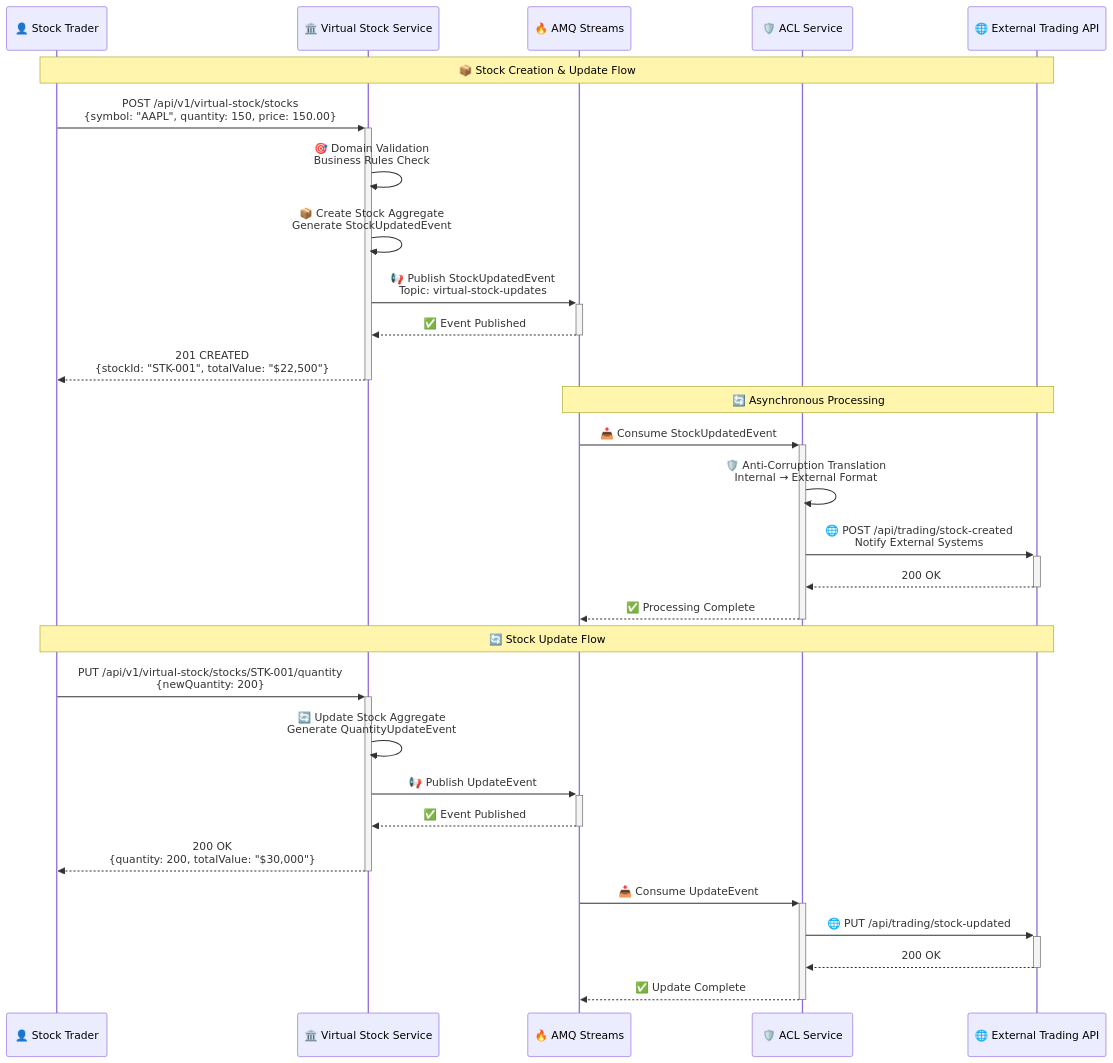
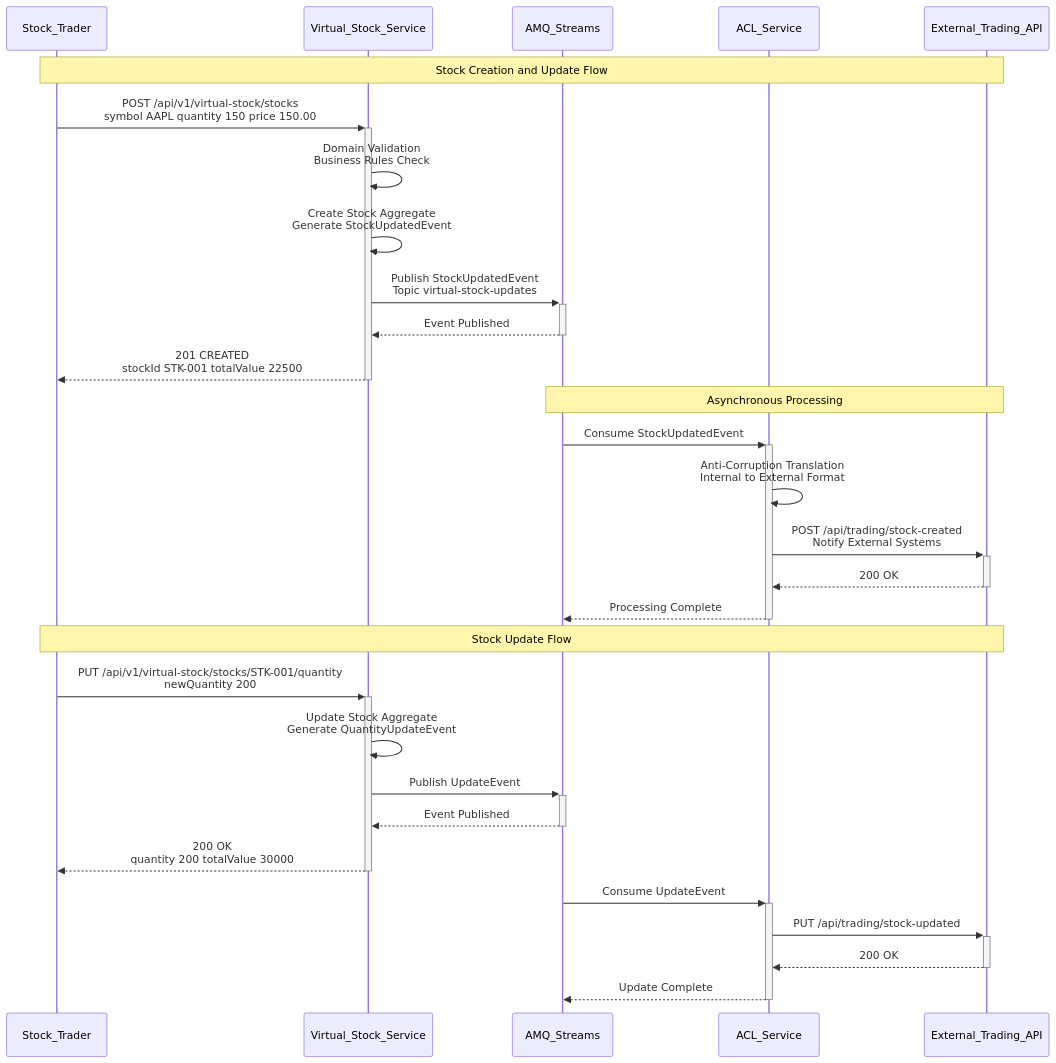
The third of 3 diagrams in README.md (italo-costa/estudosKBNT_Kafka_Logs_V2_cleanCode), drawn with Mermaid before and after one commit. The commit also changed 4 other files, not shown here.

First line of the commit message:
Update Architecture Diagrams - GitHub Mermaid Compatibility

````diff
--- a/README.md
+++ b/README.md
@@ -541,43 +541,43 @@
 ```mermaid
 sequenceDiagram
-    participant Trader as 👤 Stock Trader
-    participant VS as 🏛️ Virtual Stock Service
-    participant Kafka as 🔥 AMQ Streams
-    participant ACL as 🛡️ ACL Service
-    participant ExtAPI as 🌐 External Trading API
+    participant Trader as Stock_Trader
+    participant VS as Virtual_Stock_Service
+    participant Kafka as AMQ_Streams
+    participant ACL as ACL_Service
+    participant ExtAPI as External_Trading_API
 
-    Note over Trader,ExtAPI: 📦 Stock Creation & Update Flow
+    Note over Trader,ExtAPI: Stock Creation and Update Flow
 
-    Trader->>+VS: POST /api/v1/virtual-stock/stocks<br/>{symbol: "AAPL", quantity: 150, price: 150.00}
+    Trader->>+VS: POST /api/v1/virtual-stock/stocks<br/>symbol AAPL quantity 150 price 150.00
     
-    VS->>VS: 🎯 Domain Validation<br/>Business Rules Check
-    VS->>VS: 📦 Create Stock Aggregate<br/>Generate StockUpdatedEvent
+    VS->>VS: Domain Validation<br/>Business Rules Check
+    VS->>VS: Create Stock Aggregate<br/>Generate StockUpdatedEvent
     
-    VS->>+Kafka: 📢 Publish StockUpdatedEvent<br/>Topic: virtual-stock-updates
-    Kafka-->>-VS: ✅ Event Published
+    VS->>+Kafka: Publish StockUpdatedEvent<br/>Topic virtual-stock-updates
+    Kafka-->>-VS: Event Published
     
-    VS-->>-Trader: 201 CREATED<br/>{stockId: "STK-001", totalValue: "$22,500"}
+    VS-->>-Trader: 201 CREATED<br/>stockId STK-001 totalValue 22500
 
-    Note over Kafka,ExtAPI: 🔄 Asynchronous Processing
+    Note over Kafka,ExtAPI: Asynchronous Processing
 
-    Kafka->>+ACL: 📥 Consume StockUpdatedEvent
-    ACL->>ACL: 🛡️ Anti-Corruption Translation<br/>Internal → External Format
-    ACL->>+ExtAPI: 🌐 POST /api/trading/stock-created<br/>Notify External Systems
+    Kafka->>+ACL: Consume StockUpdatedEvent
+    ACL->>ACL: Anti-Corruption Translation<br/>Internal to External Format
+    ACL->>+ExtAPI: POST /api/trading/stock-created<br/>Notify External Systems
     ExtAPI-->>-ACL: 200 OK
-    ACL-->>-Kafka: ✅ Processing Complete
+    ACL-->>-Kafka: Processing Complete
 
-    Note over Trader,ExtAPI: 🔄 Stock Update Flow
+    Note over Trader,ExtAPI: Stock Update Flow
 
-    Trader->>+VS: PUT /api/v1/virtual-stock/stocks/STK-001/quantity<br/>{newQuantity: 200}
+    Trader->>+VS: PUT /api/v1/virtual-stock/stocks/STK-001/quantity<br/>newQuantity 200
     
-    VS->>VS: 🔄 Update Stock Aggregate<br/>Generate QuantityUpdateEvent
-    VS->>+Kafka: 📢 Publish UpdateEvent
-    Kafka-->>-VS: ✅ Event Published
+    VS->>VS: Update Stock Aggregate<br/>Generate QuantityUpdateEvent
+    VS->>+Kafka: Publish UpdateEvent
+    Kafka-->>-VS: Event Published
     
-    VS-->>-Trader: 200 OK<br/>{quantity: 200, totalValue: "$30,000"}
+    VS-->>-Trader: 200 OK<br/>quantity 200 totalValue 30000
 
-    Kafka->>+ACL: 📥 Consume UpdateEvent  
-    ACL->>+ExtAPI: 🌐 PUT /api/trading/stock-updated
+    Kafka->>+ACL: Consume UpdateEvent  
+    ACL->>+ExtAPI: PUT /api/trading/stock-updated
     ExtAPI-->>-ACL: 200 OK
-    ACL-->>-Kafka: ✅ Update Complete
+    ACL-->>-Kafka: Update Complete
 ```
````
